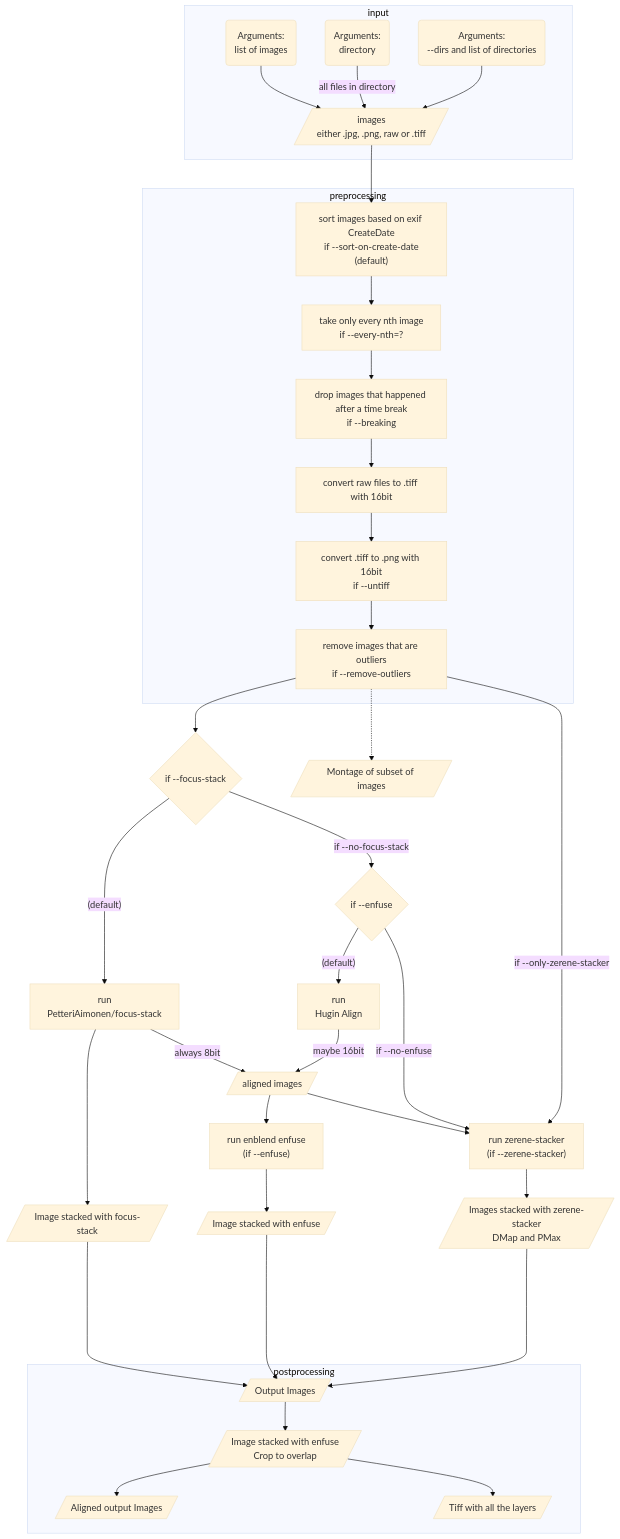
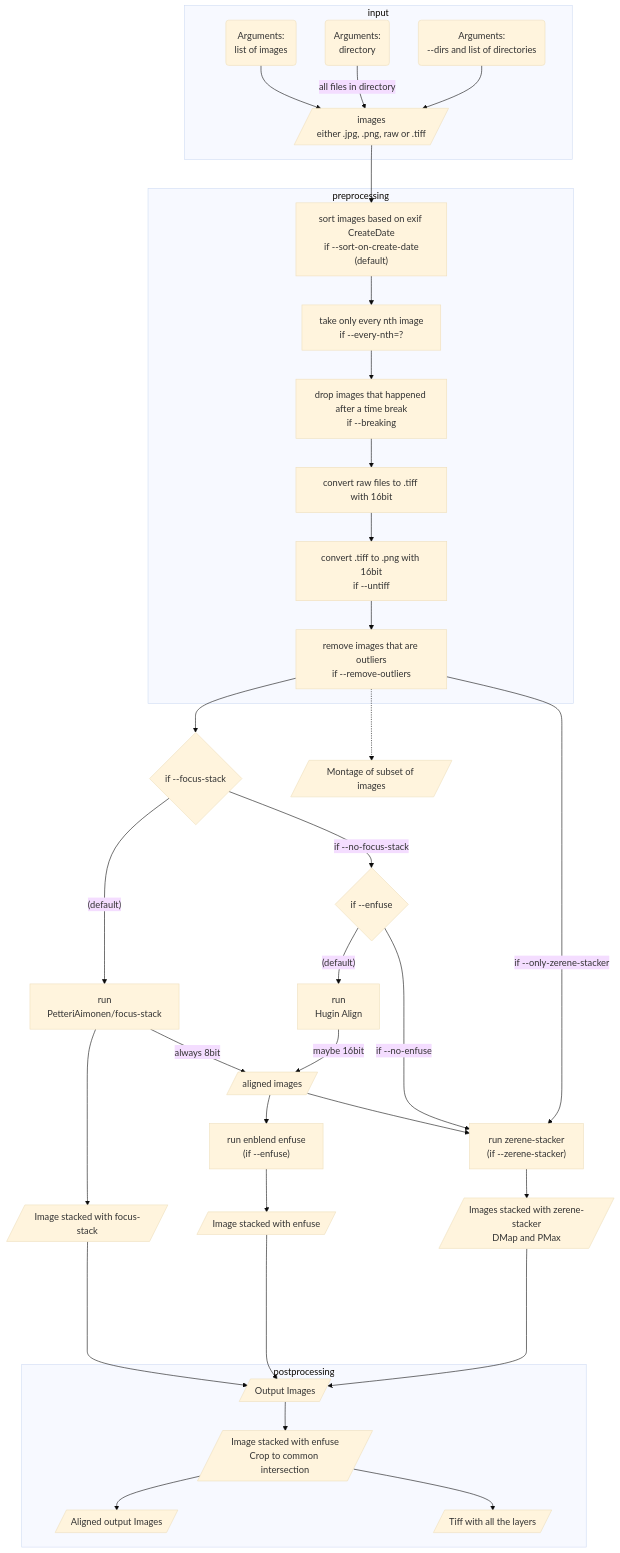
One commit to maxhbr/myphoto changed the diagram in README.md. Above: the diagram before and after it, drawn with Mermaid (base theme).

Commit message:
minor change

````diff
--- a/README.md
+++ b/README.md
@@ -7,44 +7,44 @@
 ```mermaid
   graph TD;
       subgraph input
         A1("Arguments:\nlist of images");
         A2("Arguments:\ndirectory");
         A3("Arguments:\n--dirs and list of directories");
         A[/"images\n either .jpg, .png, raw or .tiff"/];
       end
       subgraph preprocessing
         A1 --> A
         A2 -- "all files in directory" --> A;
         A3 --> A;
         A --> B["sort images based on exif CreateDate\nif --sort-on-create-date\n(default)"];
         B --> C["take only every nth image\nif --every-nth=?"];
         C --> D["drop images that happened after a time break\nif --breaking"];
         D --> E["convert raw files to .tiff with 16bit"];
         E --> F["convert .tiff to .png with 16bit\nif --untiff"];
         F --> G["remove images that are outliers\nif --remove-outliers"];
       end
       G --> G'{"if --focus-stack"}
       G' -- "(default)" --> H1["run\nPetteriAimonen/focus-stack"];
       G' -- "if --no-focus-stack" --> H2'{"if --enfuse"}
       H2' -- "(default)" --> H2["run\nHugin Align"]
       H1 --> Z1[/"Image stacked with focus-stack"/]
       H1 -- "always 8bit" --> I[/"aligned images"/]
       H2 -- "maybe 16bit" --> I
       I --> J["run enblend enfuse\n(if --enfuse)"]
       J --> Z2[/"Image stacked with enfuse"/]
       I --> K["run zerene-stacker\n(if --zerene-stacker)"]
       H2' -- "if --no-enfuse" --> K
       K --> Z3[/"Images stacked with zerene-stacker\nDMap and PMax"/]
       G -.-> ZZ[/"Montage of subset of images"/]
       G -- "if --only-zerene-stacker" --> K
 
       Z1 -----> Z[/"Output Images"/]
       Z2 -----> Z
       Z3 -----> Z
       subgraph postprocessing
-        Z --> ZA'[/"Image stacked with enfuse\nCrop to overlap"/]
+        Z --> ZA'[/"Image stacked with enfuse\nCrop to common intersection"/]
         ZA' --> ZA[/"Aligned output Images"/]
         ZA' --> ZL[/"Tiff with all the layers"/]
       end
 
 ```
````
